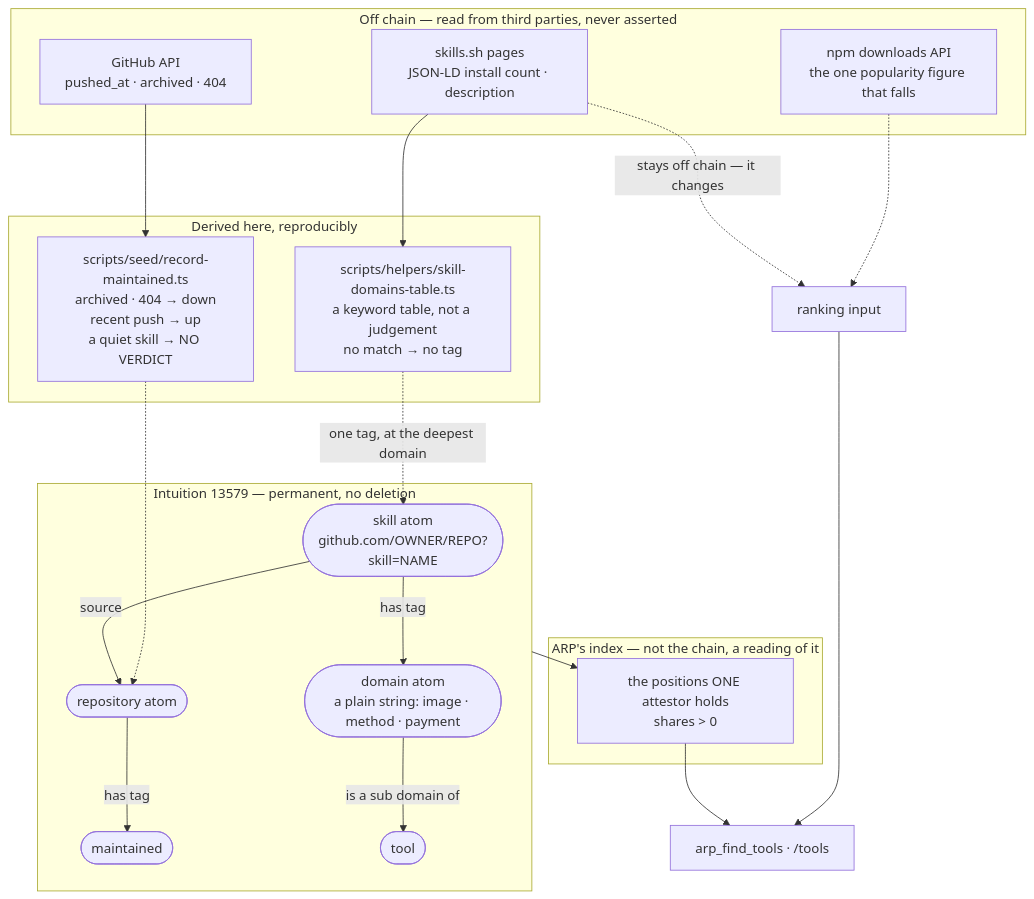
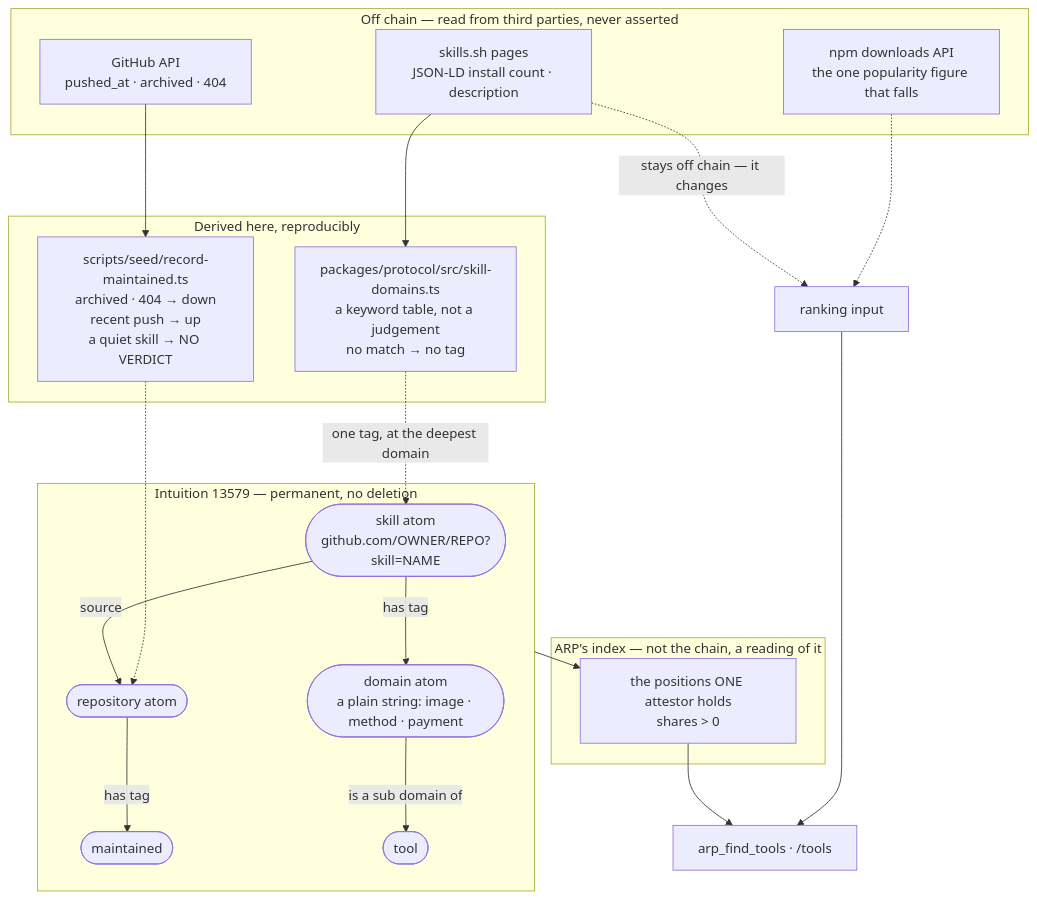
The diagram in docs/20_WHAT_A_SKILL_LOOKS_LIKE_ON_CHAIN.md (Wieedze/ARP), drawn with Mermaid before and after one commit. The commit also changed 17 other files, not shown here.

First line of the commit message:
fix(hook): a skill's failure takes its context from the table and its source from the machine

````diff
--- a/docs/20_WHAT_A_SKILL_LOOKS_LIKE_ON_CHAIN.md
+++ b/docs/20_WHAT_A_SKILL_LOOKS_LIKE_ON_CHAIN.md
@@ -11,38 +11,38 @@
 ```mermaid
 flowchart TB
     subgraph OFF["Off chain — read from third parties, never asserted"]
         GH["GitHub API<br/>pushed_at · archived · 404"]
         SH["skills.sh pages<br/>JSON-LD install count · description"]
         NPM["npm downloads API<br/>the one popularity figure that falls"]
     end
 
     subgraph DERIVE["Derived here, reproducibly"]
-        CLS["scripts/helpers/skill-domains-table.ts<br/>a keyword table, not a judgement<br/>no match → no tag"]
+        CLS["packages/protocol/src/skill-domains.ts<br/>a keyword table, not a judgement<br/>no match → no tag"]
         VER["scripts/seed/record-maintained.ts<br/>archived · 404 → down<br/>recent push → up<br/>a quiet skill → NO VERDICT"]
     end
 
     subgraph CHAIN["Intuition 13579 — permanent, no deletion"]
         SK(["skill atom<br/>github.com/OWNER/REPO?skill=NAME"])
         RP(["repository atom"])
         DOM(["domain atom<br/>a plain string: image · method · payment"])
         MT(["maintained"])
         SK -->|source| RP
         SK -->|has tag| DOM
         RP -->|has tag| MT
         DOM -->|is a sub domain of| TOOL(["tool"])
     end
 
     subgraph INDEX["ARP's index — not the chain, a reading of it"]
         POS["the positions ONE attestor holds<br/>shares > 0"]
     end
 
     SH --> CLS
     GH --> VER
     CLS -.->|one tag, at the deepest domain| SK
     VER -.-> RP
     SH -.->|"stays off chain — it changes"| RANK["ranking input"]
     NPM -.-> RANK
     CHAIN --> POS
     POS --> MCP["arp_find_tools · /tools"]
     RANK --> MCP
 ```
````
